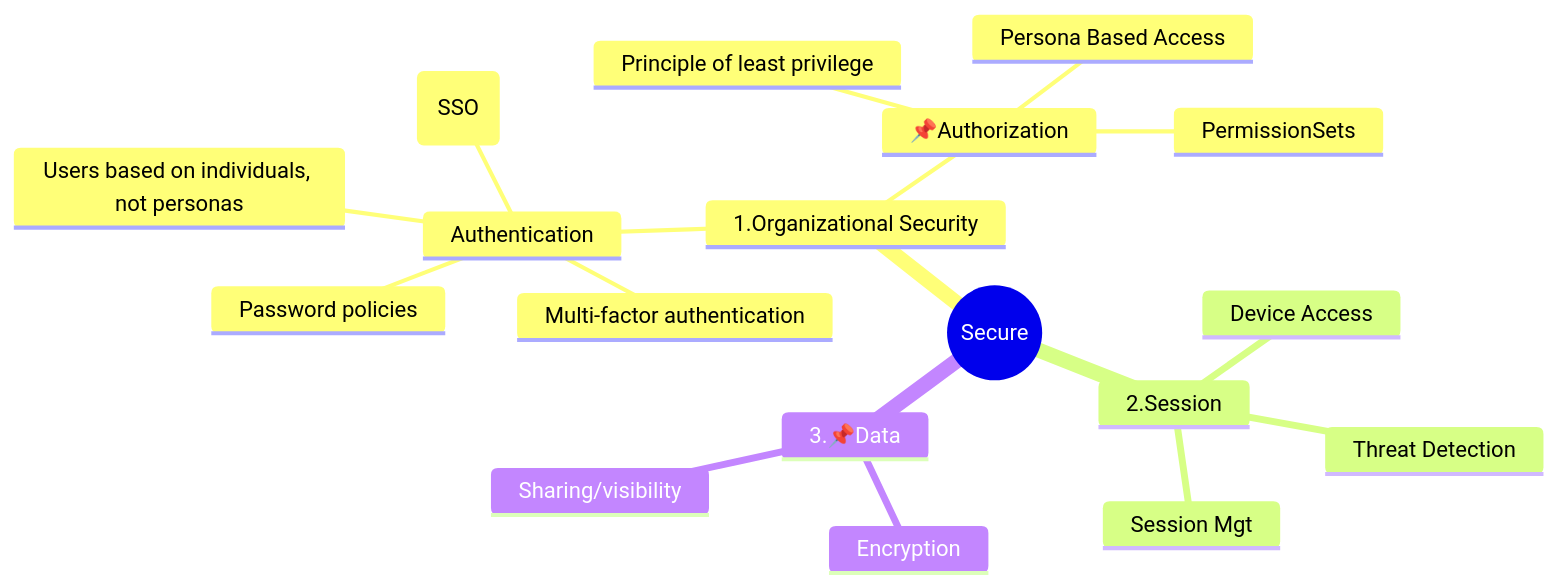
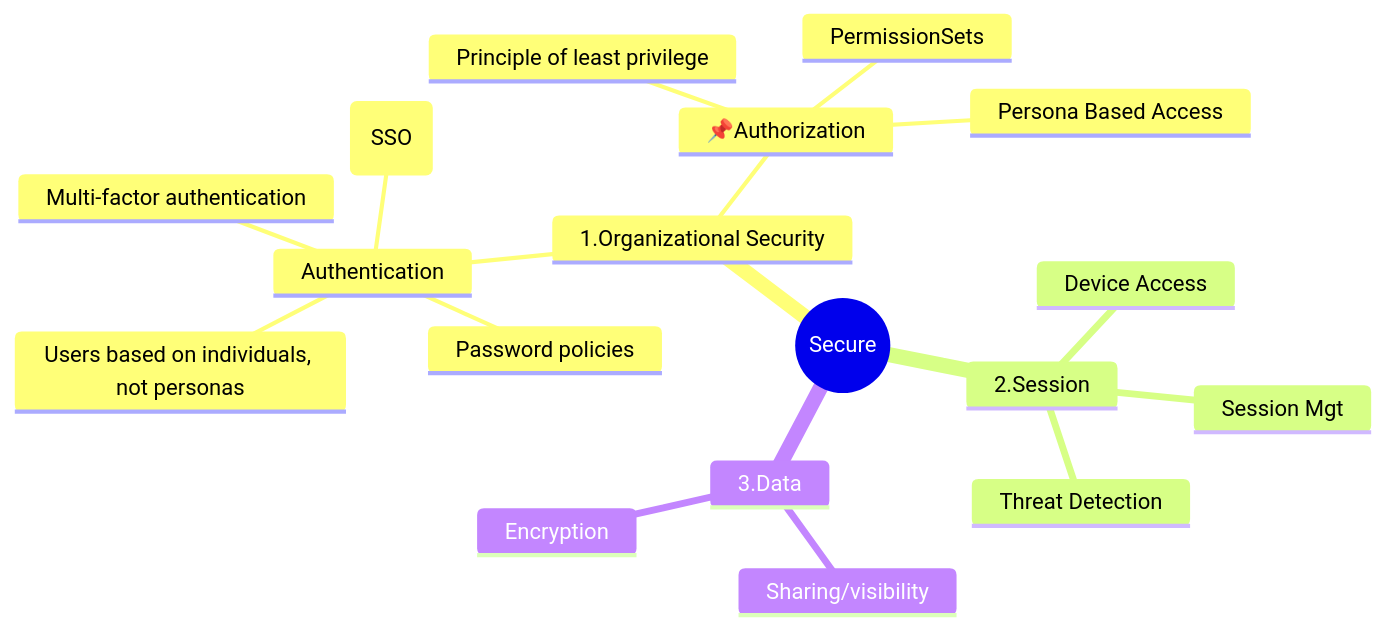
The diagram in Notebooks/Security.md (sf-explorer/app), drawn with Mermaid before and after one commit.

````diff
--- a/Notebooks/Security.md
+++ b/Notebooks/Security.md
@@ -14,21 +14,21 @@
 ```mermaid
 mindmap
     root((Secure))
         1.Organizational Security
             Authentication
               Users based on individuals, not personas
               Password policies
               Multi-factor authentication 
               Single-sign on (SSO)
             📌Authorization
               Principle of least privilege
               Persona Based Access
               PermissionSets
       2.Session
         Session Mgt
         Device Access
         Threat Detection
-      3.📌Data
+      3.Data
         Sharing/visibility
         Encryption
 ```
````
